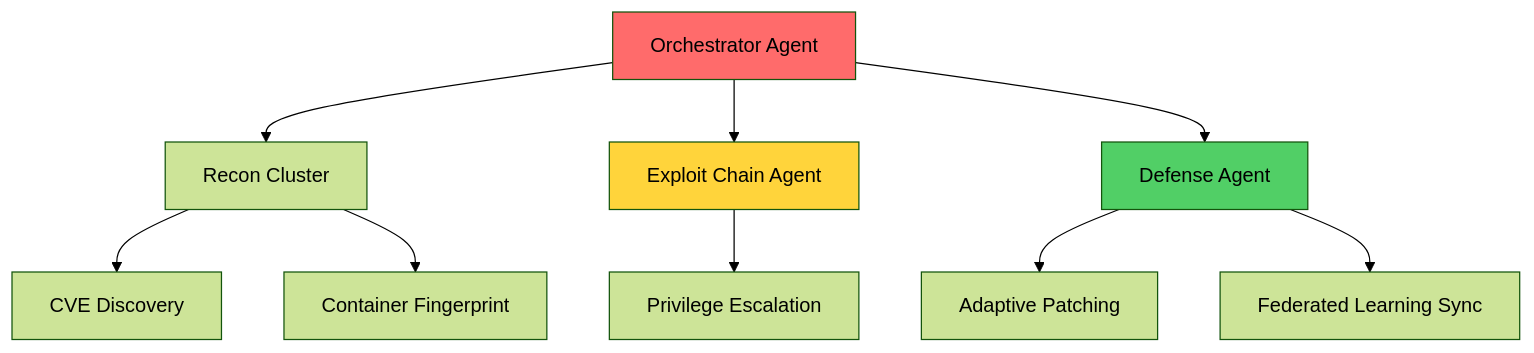
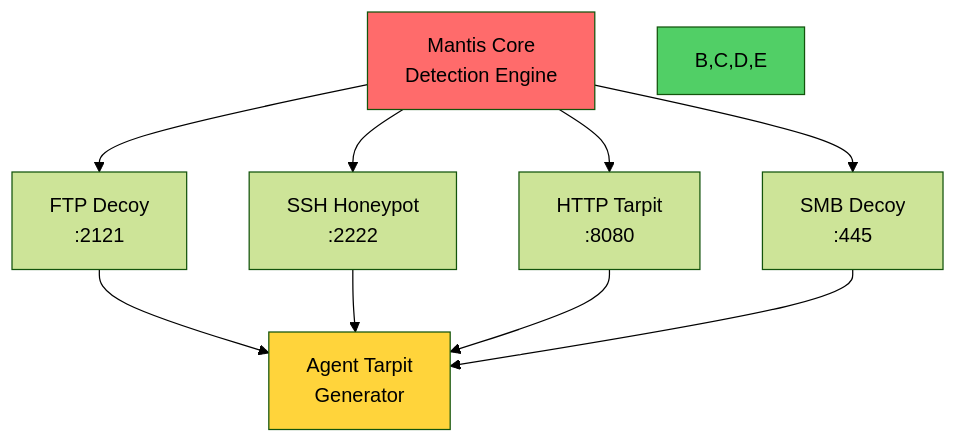
The first of 3 diagrams in README.md (perryjr1444-ux/perryjr1444-ux), drawn with Mermaid (forest theme) before and after one commit. The commit also changed other lines of this file, not shown here.

First line of the commit message:
Update profile README with comprehensive ecosystem architecture

````diff
--- a/README.md
+++ b/README.md
@@ -61,15 +71,15 @@
 ```mermaid
 graph TD
-    A[Orchestrator Agent] --> B[Recon Cluster]
-    A --> C[Exploit Chain Agent]
-    A --> D[Defense Agent]
-    B --> E[CVE Discovery]
-    B --> F[Container Fingerprint]
-    C --> G[Privilege Escalation]
-    D --> H[Adaptive Patching]
-    D --> I[Federated Learning Sync]
-    
+    A[Mantis Core<br/>Detection Engine] --> B[FTP Decoy<br/>:2121]
+    A --> C[SSH Honeypot<br/>:2222]
+    A --> D[HTTP Tarpit<br/>:8080]
+    A --> E[SMB Decoy<br/>:445]
+    B --> F[Agent Tarpit<br/>Generator]
+    C --> F
+    D --> F
+    E --> F
+
     style A fill:#ff6b6b
-    style D fill:#51cf66
-    style C fill:#ffd43b
+    style F fill:#ffd43b
+    style B,C,D,E fill:#51cf66
 ```
````
